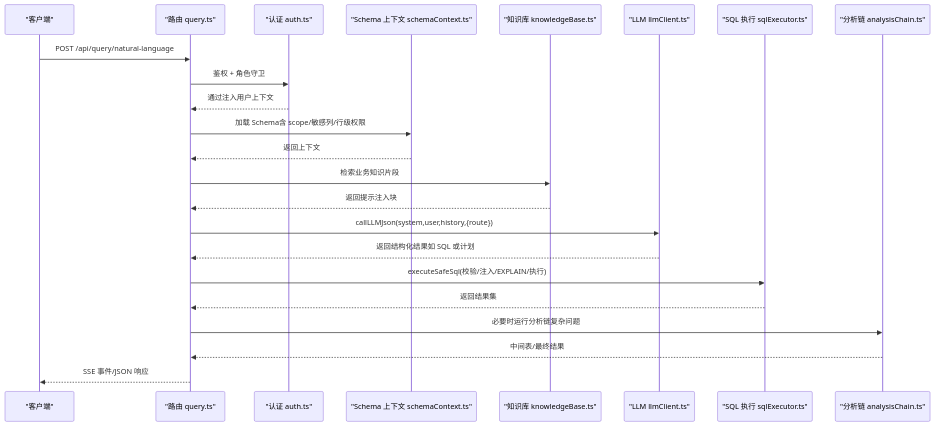
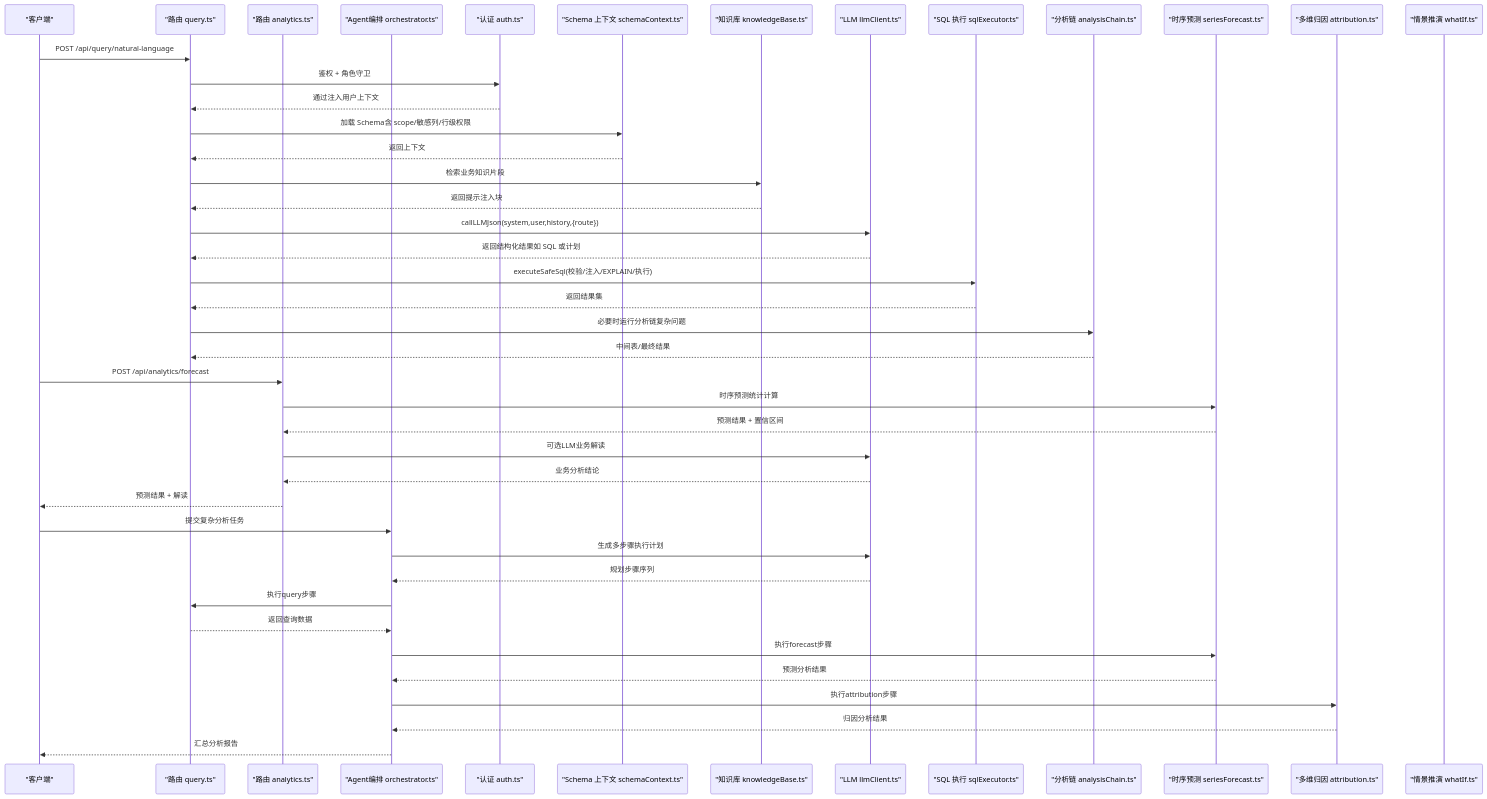
The second of 12 diagrams in .qoder/repowiki/zh/content/系统架构/核心组件详解/核心组件详解.md (dgjin/smart-data-analytics), drawn with Mermaid before and after one commit. The commit also changed other lines of this file and 141 other files, not shown here.

````diff
--- a/.qoder/repowiki/zh/content/系统架构/核心组件详解/核心组件详解.md
+++ b/.qoder/repowiki/zh/content/系统架构/核心组件详解/核心组件详解.md
@@ -109,25 +143,45 @@
 ```mermaid
 sequenceDiagram
 participant C as "客户端"
 participant R as "路由 query.ts"
-participant A as "认证 auth.ts"
+participant A as "路由 analytics.ts"
+participant AG as "Agent编排 orchestrator.ts"
+participant AU as "认证 auth.ts"
 participant S as "Schema 上下文 schemaContext.ts"
 participant K as "知识库 knowledgeBase.ts"
 participant L as "LLM llmClient.ts"
 participant E as "SQL 执行 sqlExecutor.ts"
 participant CH as "分析链 analysisChain.ts"
+participant SF as "时序预测 seriesForecast.ts"
+participant AT as "多维归因 attribution.ts"
+participant WI as "情景推演 whatIf.ts"
 C->>R : POST /api/query/natural-language
-R->>A : 鉴权 + 角色守卫
-A-->>R : 通过注入用户上下文
+R->>AU : 鉴权 + 角色守卫
+AU-->>R : 通过注入用户上下文
 R->>S : 加载 Schema含 scope/敏感列/行级权限
 S-->>R : 返回上下文
 R->>K : 检索业务知识片段
 K-->>R : 返回提示注入块
 R->>L : callLLMJson(system,user,history,{route})
 L-->>R : 返回结构化结果如 SQL 或计划
 R->>E : executeSafeSql(校验/注入/EXPLAIN/执行)
 E-->>R : 返回结果集
 R->>CH : 必要时运行分析链复杂问题
 CH-->>R : 中间表/最终结果
-R-->>C : SSE 事件/JSON 响应
+C->>A : POST /api/analytics/forecast
+A->>SF : 时序预测统计计算
+SF-->>A : 预测结果 + 置信区间
+A->>L : 可选LLM业务解读
+L-->>A : 业务分析结论
+A-->>C : 预测结果 + 解读
+C->>AG : 提交复杂分析任务
+AG->>L : 生成多步骤执行计划
+L-->>AG : 规划步骤序列
+AG->>R : 执行query步骤
+R-->>AG : 返回查询数据
+AG->>SF : 执行forecast步骤
+SF-->>AG : 预测分析结果
+AG->>AT : 执行attribution步骤
+AT-->>AG : 归因分析结果
+AG-->>C : 汇总分析报告
 ```
````
